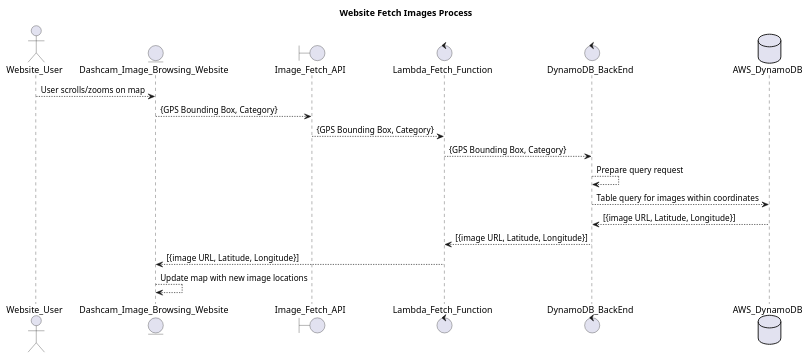
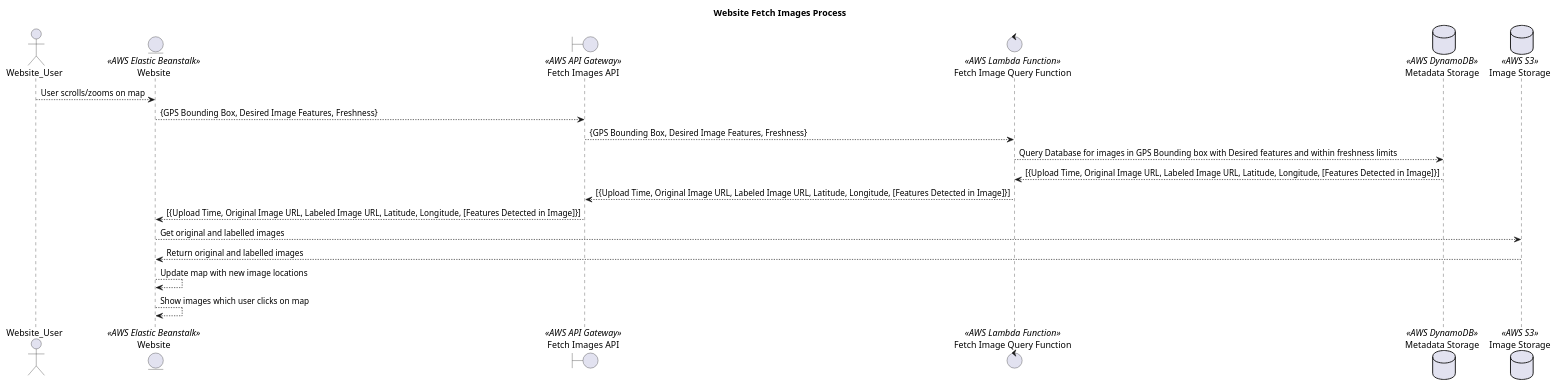
The diagram in sequence_diagrams/website_request_images.wsd (mikebowyer/ECE528_Project), drawn with PlantUML before and after one commit. The commit also changed 3 other files, not shown here.

Commit message:
Updated sequence diagram images

```diff
--- a/sequence_diagrams/website_request_images.wsd
+++ b/sequence_diagrams/website_request_images.wsd
@@ -1,23 +1,23 @@
 @startuml
 title Website Fetch Images Process
 
 actor       Website_User
-entity      Dashcam_Image_Browsing_Website
-boundary    Image_Fetch_API
-
-control     Lambda_Fetch_Function
-control     DynamoDB_BackEnd
-database    AWS_DynamoDB
+entity      "Website" as Dashcam_Image_Browsing_Website << AWS Elastic Beanstalk>>
+boundary    "Fetch Images API" as Image_Fetch_API << AWS API Gateway >>
+control     "Fetch Image Query Function" as Lambda_Fetch_Function << AWS Lambda Function >>
+database    "Metadata Storage" as AWS_DynamoDB << AWS DynamoDB >>
+database    "Image Storage" as AWS_S3 << AWS S3 >>
 
 Website_User --> Dashcam_Image_Browsing_Website: User scrolls/zooms on map
-Dashcam_Image_Browsing_Website --> Image_Fetch_API: {GPS Bounding Box, Category}
-Image_Fetch_API --> Lambda_Fetch_Function: {GPS Bounding Box, Category}
-Lambda_Fetch_Function --> DynamoDB_BackEnd: {GPS Bounding Box, Category}
-DynamoDB_BackEnd --> DynamoDB_BackEnd: Prepare query request
-DynamoDB_BackEnd --> AWS_DynamoDB: Table query for images within coordinates
-AWS_DynamoDB --> DynamoDB_BackEnd: [{image URL, Latitude, Longitude}]
-DynamoDB_BackEnd --> Lambda_Fetch_Function: [{image URL, Latitude, Longitude}]
-Lambda_Fetch_Function --> Dashcam_Image_Browsing_Website: [{image URL, Latitude, Longitude}]
+Dashcam_Image_Browsing_Website --> Image_Fetch_API: {GPS Bounding Box, Desired Image Features, Freshness}
+Image_Fetch_API --> Lambda_Fetch_Function: {GPS Bounding Box, Desired Image Features, Freshness}
+Lambda_Fetch_Function --> AWS_DynamoDB: Query Database for images in GPS Bounding box with Desired features and within freshness limits
+AWS_DynamoDB --> Lambda_Fetch_Function: [{Upload Time, Original Image URL, Labeled Image URL, Latitude, Longitude, [Features Detected in Image]}]
+Lambda_Fetch_Function --> Image_Fetch_API: [{Upload Time, Original Image URL, Labeled Image URL, Latitude, Longitude, [Features Detected in Image]}]
+Image_Fetch_API --> Dashcam_Image_Browsing_Website: [{Upload Time, Original Image URL, Labeled Image URL, Latitude, Longitude, [Features Detected in Image]}]
+Dashcam_Image_Browsing_Website --> AWS_S3: Get original and labelled images
+AWS_S3 --> Dashcam_Image_Browsing_Website: Return original and labelled images
 Dashcam_Image_Browsing_Website --> Dashcam_Image_Browsing_Website: Update map with new image locations
+Dashcam_Image_Browsing_Website --> Dashcam_Image_Browsing_Website: Show images which user clicks on map
 
 @enduml
```
